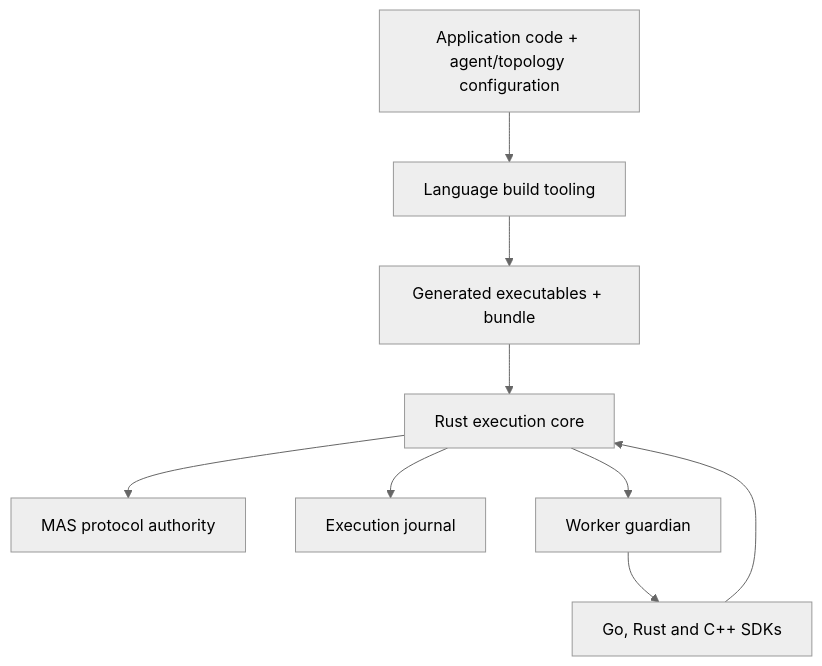
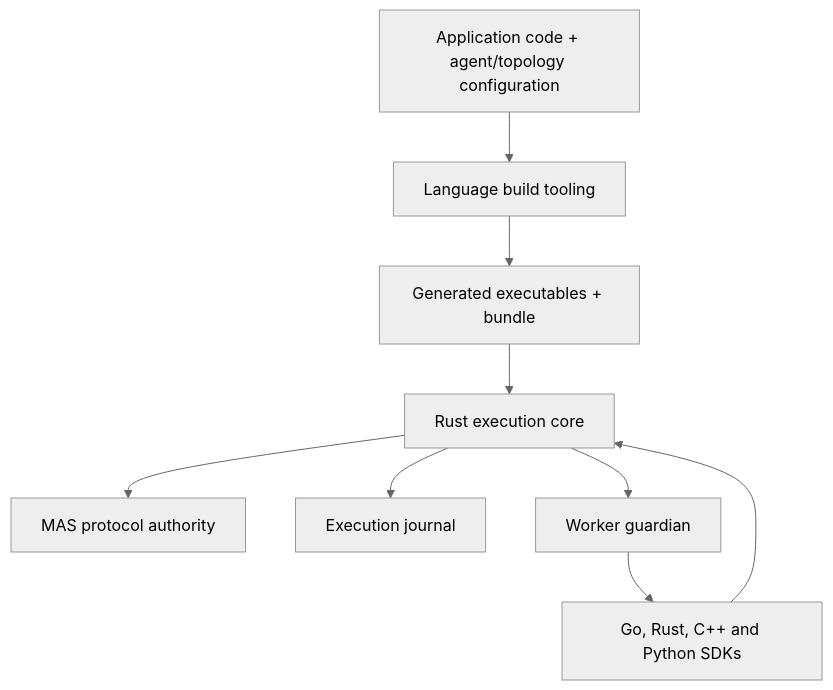
The diagram in docs/architecture.md (emmett08/mas-host), drawn with Mermaid (neutral theme) before and after one commit. The commit also changed other lines of this file and 40 other files, not shown here.

````diff
--- a/docs/architecture.md
+++ b/docs/architecture.md
@@ -17,11 +17,11 @@
 ```mermaid
 flowchart TD
     App["Application code + agent/topology configuration"] --> Build["Language build tooling"]
     Build --> Bundle["Generated executables + bundle"]
     Bundle --> Host["Rust execution core"]
     Host --> Protocol["MAS protocol authority"]
     Host --> Journal["Execution journal"]
     Host --> Guardian["Worker guardian"]
-    Guardian --> Workers["Go, Rust and C++ SDKs"]
+    Guardian --> Workers["Go, Rust, C++ and Python SDKs"]
     Workers --> Host
 ```
````
